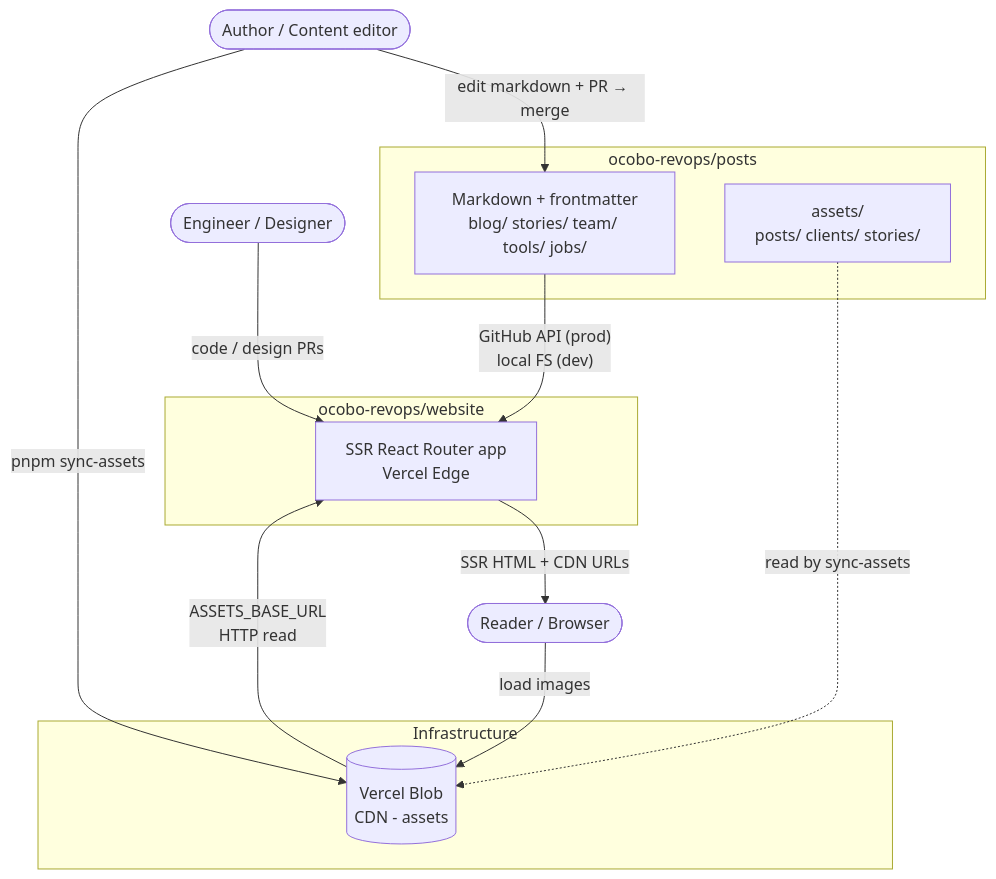
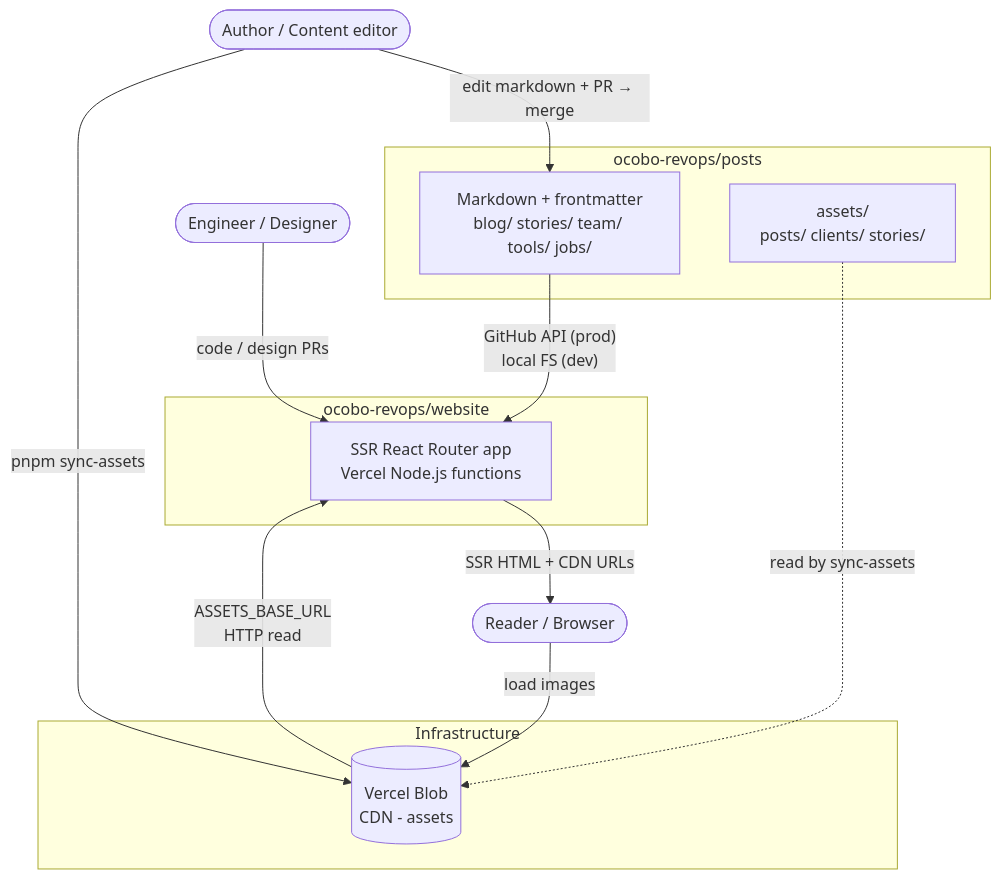
The first of 4 diagrams in docs/architecture/two-repo-content-pipeline.md (ocobo-revops/website), drawn with Mermaid before and after one commit. The commit also changed 8 other files, not shown here.

Commit message:
docs: correct runtime from Vercel Edge to Node.js serverless functions

````diff
--- a/docs/architecture/two-repo-content-pipeline.md
+++ b/docs/architecture/two-repo-content-pipeline.md
@@ -16,29 +16,29 @@
 ```mermaid
 graph TB
     author(["Author / Content editor"])
     engineer(["Engineer / Designer"])
     reader(["Reader / Browser"])
 
     subgraph posts ["ocobo-revops/posts"]
         md["Markdown + frontmatter\nblog/ stories/ team/ tools/ jobs/"]
         assets_dir["assets/\nposts/ clients/ stories/"]
     end
 
     subgraph infra ["Infrastructure"]
         blob[("Vercel Blob\nCDN - assets")]
     end
 
     subgraph website ["ocobo-revops/website"]
-        app["SSR React Router app\nVercel Edge"]
+        app["SSR React Router app\nVercel Node.js functions"]
     end
 
     author -->|"edit markdown + PR → merge"| md
     author -->|"pnpm sync-assets"| blob
     assets_dir -.->|"read by sync-assets"| blob
     engineer -->|"code / design PRs"| app
 
     md -->|"GitHub API (prod)\nlocal FS (dev)"| app
     blob -->|"ASSETS_BASE_URL\nHTTP read"| app
     app -->|"SSR HTML + CDN URLs"| reader
     reader -->|"load images"| blob
 ```
````
